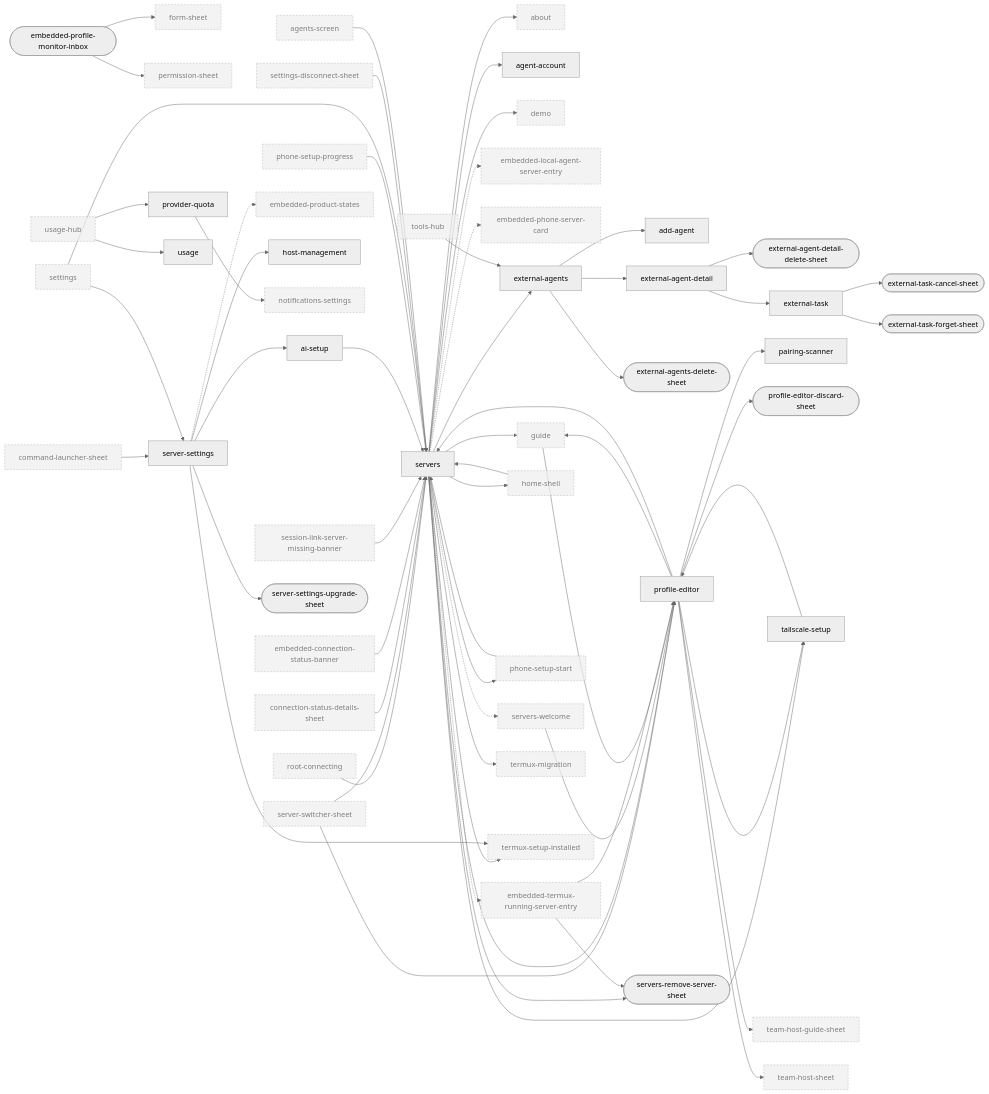
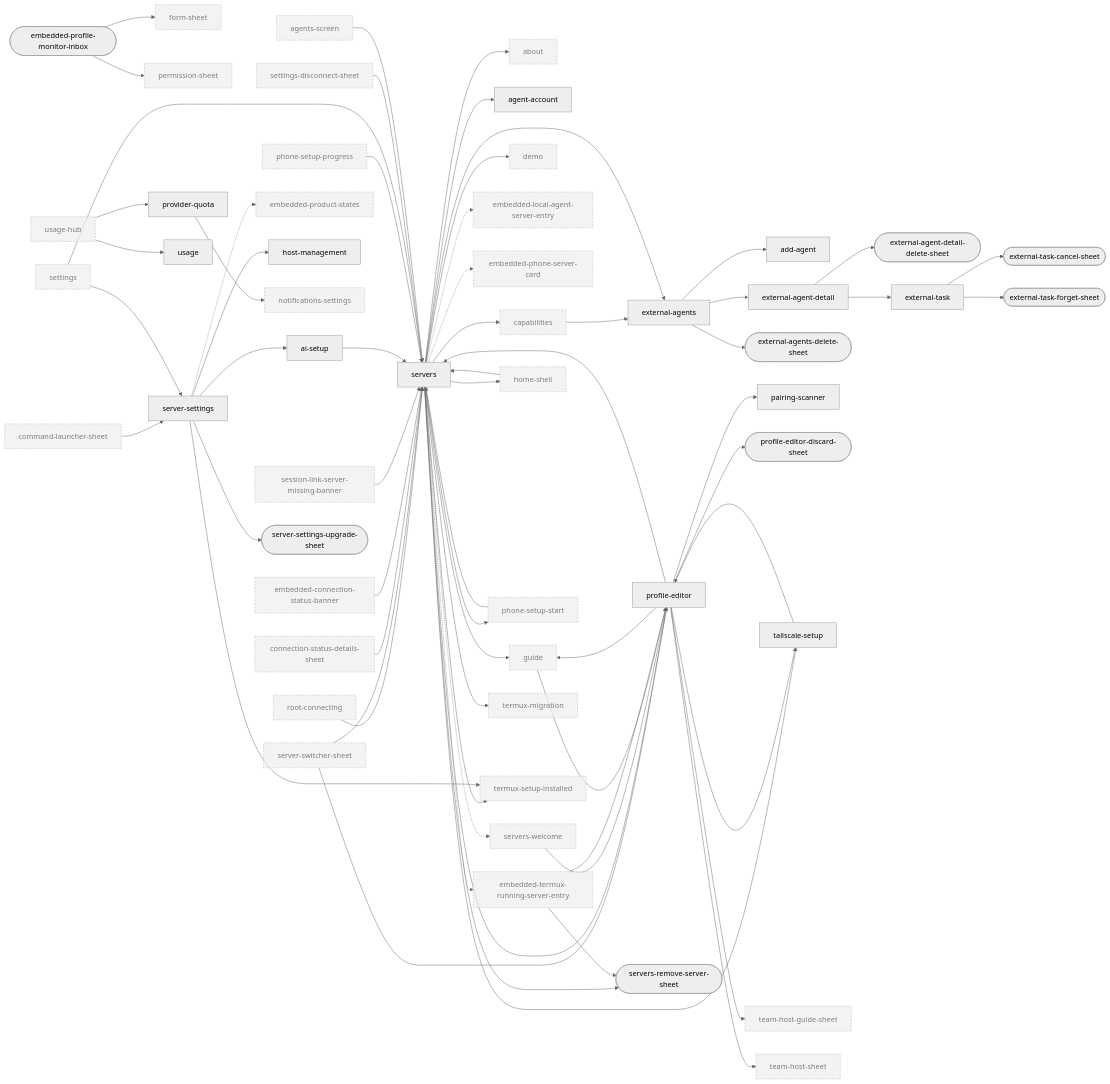
Before and after one commit to Eslamasabry/opencode-mobile-next: the fifth of 10 diagrams in docs/design/ui-ledger/navigation.md, drawn with Mermaid (neutral theme). The commit also changed other lines of this file and 43 other files, not shown here.

First line of the commit message:
feat(settings): Tools is one page, with MCP, commands, tools, skills, references and external agents as tabs [skip ci]

```diff
--- a/docs/design/ui-ledger/navigation.md
+++ b/docs/design/ui-ledger/navigation.md
@@ -602,6 +607,7 @@
   agent_account["agent-account"]
   agents_screen["agents-screen"]:::ext
   ai_setup["ai-setup"]
+  capabilities["capabilities"]:::ext
   command_launcher_sheet["command-launcher-sheet"]:::ext
   connection_status_details_sheet["connection-status-details-sheet"]:::ext
   demo["demo"]:::ext
@@ -645,7 +651,6 @@
   team_host_sheet["team-host-sheet"]:::ext
   termux_migration["termux-migration"]:::ext
   termux_setup_installed["termux-setup-installed"]:::ext
-  tools_hub["tools-hub"]:::ext
   usage["usage"]
   usage_hub["usage-hub"]:::ext
   root_connecting --> servers
@@ -655,6 +660,7 @@
   connection_status_details_sheet --> servers
   embedded_connection_status_banner --> servers
   session_link_server_missing_banner --> servers
+  capabilities --> external_agents
   command_launcher_sheet --> server_settings
   servers --> about
   servers --> guide
@@ -665,7 +671,7 @@
   servers --> demo
   servers --> termux_setup_installed
   servers --> tailscale_setup
-  servers --> external_agents
+  servers --> capabilities
   servers_welcome --> profile_editor
   profile_editor --> profile_editor_discard_sheet
   profile_editor --> tailscale_setup
@@ -693,12 +699,12 @@
   phone_setup_progress --> servers
   settings --> server_settings
   settings --> servers
-  tools_hub --> external_agents
   settings_disconnect_sheet --> servers
   usage_hub --> usage
   usage_hub --> provider_quota
   guide --> profile_editor
   agents_screen --> servers
+  servers --> external_agents
   server_settings -.-> embedded_product_states
   embedded_profile_monitor_inbox --> form_sheet
   profile_editor --> servers
```
